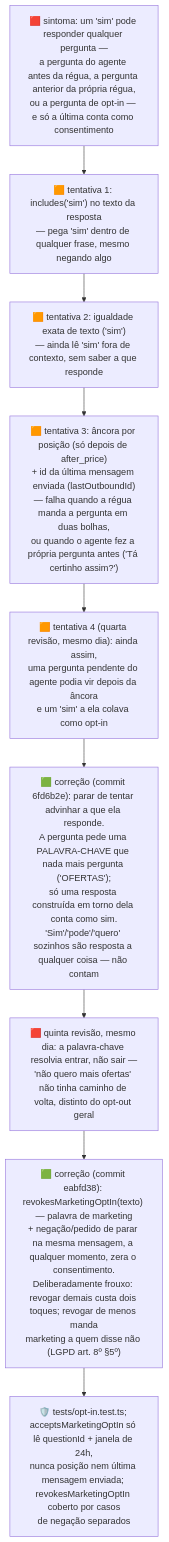
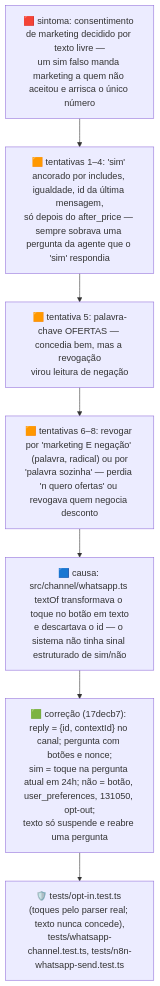
One commit to rodrigovaroto-wq/Ricos-com-AI changed diagram 16 of 17 in docs/documentacao/decisoes/04-grafo-de-decisoes.md. Above: the diagram before and after it, drawn with Mermaid. The commit also changed other lines of this file and 3 other files, not shown here.

First line of the commit message:
docs: HANDOFF for the PR #37 session; opt-in memo, graph §25 and R15.1 follow the button design

````diff
--- a/docs/documentacao/decisoes/04-grafo-de-decisoes.md
+++ b/docs/documentacao/decisoes/04-grafo-de-decisoes.md
@@ -264,13 +266,11 @@
 ```mermaid
 flowchart TD
-  S["🟥 sintoma: um 'sim' pode responder qualquer pergunta —<br/>a pergunta do agente antes da régua, a pergunta anterior da própria régua,<br/>ou a pergunta de opt-in — e só a última conta como consentimento"]
-  F1["🟧 tentativa 1: includes('sim') no texto da resposta<br/>— pega 'sim' dentro de qualquer frase, mesmo negando algo"]
-  F2["🟧 tentativa 2: igualdade exata de texto ('sim')<br/>— ainda lê 'sim' fora de contexto, sem saber a que responde"]
-  F3["🟧 tentativa 3: âncora por posição (só depois de after_price)<br/>+ id da última mensagem enviada (lastOutboundId)<br/>— falha quando a régua manda a pergunta em duas bolhas,<br/>ou quando o agente fez a própria pergunta antes ('Tá certinho assim?')"]
-  F4["🟧 tentativa 4 (quarta revisão, mesmo dia): ainda assim,<br/>uma pergunta pendente do agente podia vir depois da âncora<br/>e um 'sim' a ela colava como opt-in"]
-  R["🟩 correção (commit 6fd6b2e): parar de tentar advinhar a que ela responde.<br/>A pergunta pede uma PALAVRA-CHAVE que nada mais pergunta ('OFERTAS');<br/>só uma resposta construída em torno dela conta como sim.<br/>'Sim'/'pode'/'quero' sozinhos são resposta a qualquer coisa — não contam"]
-  F5["🟥 quinta revisão, mesmo dia: a palavra-chave resolvia entrar, não sair —<br/>'não quero mais ofertas' não tinha caminho de volta, distinto do opt-out geral"]
-  R2["🟩 correção (commit eabfd38): revokesMarketingOptIn(texto) — palavra de marketing<br/>+ negação/pedido de parar na mesma mensagem, a qualquer momento, zera o consentimento.<br/>Deliberadamente frouxo: revogar demais custa dois toques; revogar de menos manda<br/>marketing a quem disse não (LGPD art. 8º §5º)"]
-  G["🛡️ tests/opt-in.test.ts; acceptsMarketingOptIn só lê questionId + janela de 24h,<br/>nunca posição nem última mensagem enviada; revokesMarketingOptIn coberto por casos<br/>de negação separados"]
-  S --> F1 --> F2 --> F3 --> F4 --> R --> F5 --> R2 --> G
+  S["🟥 sintoma: consentimento de marketing decidido por texto livre —<br/>um sim falso manda marketing a quem não aceitou e arrisca o único número"]
+  F1["🟧 tentativas 1–4: 'sim' ancorado por includes, igualdade, id da última mensagem,<br/>só depois do after_price — sempre sobrava uma pergunta da agente que o 'sim' respondia"]
+  F2["🟧 tentativa 5: palavra-chave OFERTAS — concedia bem, mas a revogação<br/>virou leitura de negação"]
+  F3["🟧 tentativas 6–8: revogar por 'marketing E negação' (palavra, radical) ou por<br/>'palavra sozinha' — perdia 'n quero ofertas' ou revogava quem negocia desconto"]
+  C["🟦 causa: src/channel/whatsapp.ts textOf transformava o toque no botão em texto<br/>e descartava o id — o sistema não tinha sinal estruturado de sim/não"]
+  R["🟩 correção (17decb7): reply = {id, contextId} no canal; pergunta com botões e nonce;<br/>sim = toque na pergunta atual em 24h; não = botão, user_preferences, 131050, opt-out;<br/>texto só suspende e reabre uma pergunta"]
+  G["🛡️ tests/opt-in.test.ts (toques pelo parser real; texto nunca concede),<br/>tests/whatsapp-channel.test.ts, tests/n8n-whatsapp-send.test.ts"]
+  S --> F1 --> F2 --> F3 --> C --> R --> G
 ```
````
